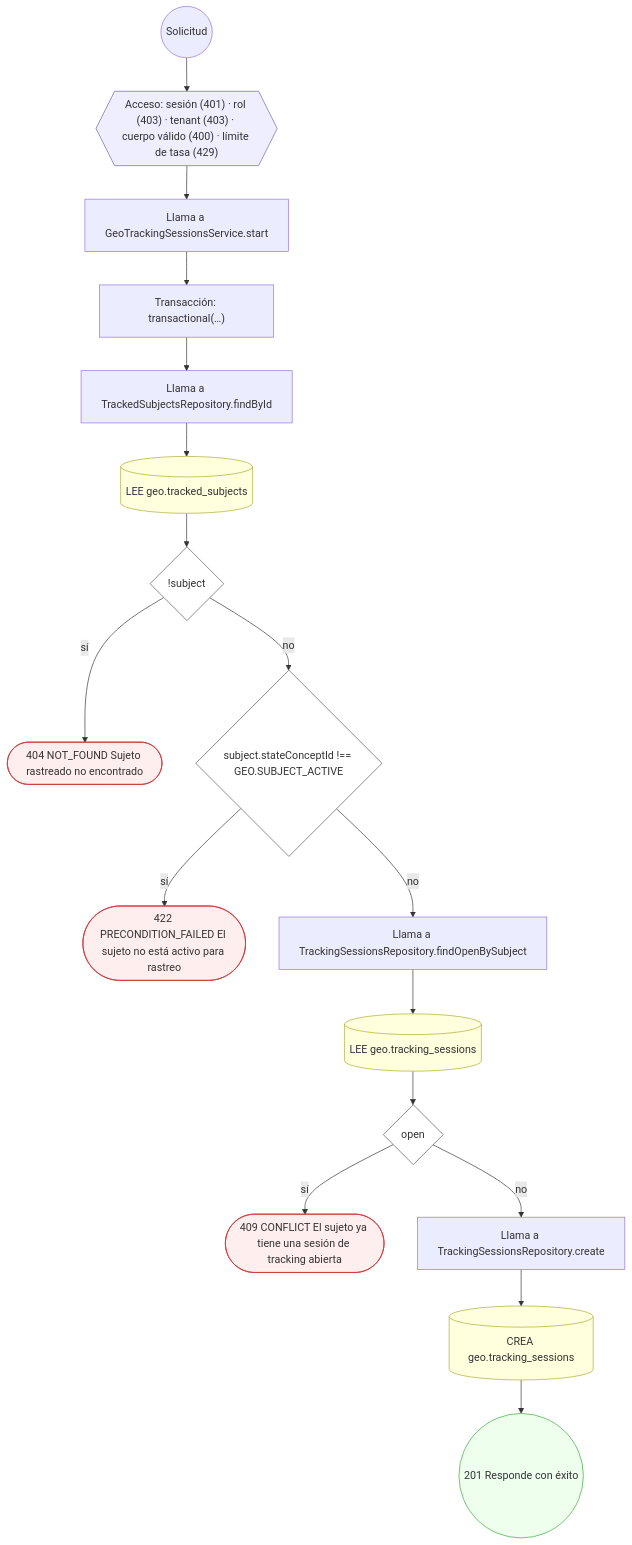
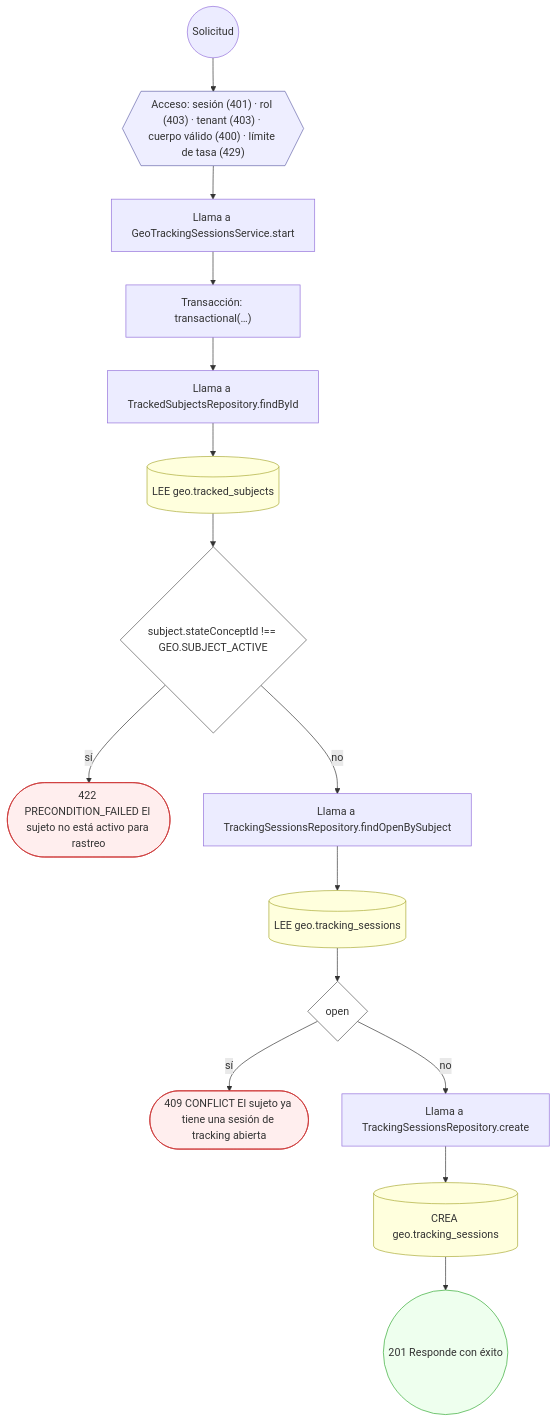
One commit to mdavila-2001/mantra-core-health-api changed the eighth of 11 diagrams in docs/inventario/flujos/geo.md. Above: the diagram before and after it, drawn with Mermaid. The commit also changed other lines of this file and 438 other files, not shown here.

````diff
--- a/docs/inventario/flujos/geo.md
+++ b/docs/inventario/flujos/geo.md
@@ -460,42 +434,38 @@
 ```mermaid
 flowchart TD
   n1(("Solicitud")):::inicio
   n2{{"Acceso: sesión (401) · rol (403) · tenant (403) · cuerpo válido (400) · límite de tasa (429)"}}:::acceso
   n1 --> n2
   n3["Llama a GeoTrackingSessionsService.start"]:::llamada
   n2 --> n3
   n4["Transacción: transactional(…)"]:::transaccion
   n3 --> n4
   n5["Llama a TrackedSubjectsRepository.findById"]:::llamada
   n4 --> n5
   n6[("LEE geo.tracked_subjects")]:::efecto
   n5 --> n6
-  n7{"!subject"}:::decision
+  n7{"subject.stateConceptId !== GEO.SUBJECT_ACTIVE"}:::decision
   n6 --> n7
-  n8(["404 NOT_FOUND Sujeto rastreado no encontrado"]):::error
+  n8(["422 PRECONDITION_FAILED El sujeto no está activo para rastreo"]):::error
   n7 -->|"sí"| n8
-  n9{"subject.stateConceptId !== GEO.SUBJECT_ACTIVE"}:::decision
+  n9["Llama a TrackingSessionsRepository.findOpenBySubject"]:::llamada
   n7 -->|"no"| n9
-  n10(["422 PRECONDITION_FAILED El sujeto no está activo para rastreo"]):::error
-  n9 -->|"sí"| n10
-  n11["Llama a TrackingSessionsRepository.findOpenBySubject"]:::llamada
-  n9 -->|"no"| n11
-  n12[("LEE geo.tracking_sessions")]:::efecto
-  n11 --> n12
-  n13{"open"}:::decision
-  n12 --> n13
-  n14(["409 CONFLICT El sujeto ya tiene una sesión de tracking abierta"]):::error
-  n13 -->|"sí"| n14
-  n15["Llama a TrackingSessionsRepository.create"]:::llamada
-  n13 -->|"no"| n15
-  n16[("CREA geo.tracking_sessions")]:::efecto
-  n15 --> n16
-  n17(("201 Responde con éxito")):::ok
-  n16 --> n17
+  n10[("LEE geo.tracking_sessions")]:::efecto
+  n9 --> n10
+  n11{"open"}:::decision
+  n10 --> n11
+  n12(["409 CONFLICT El sujeto ya tiene una sesión de tracking abierta"]):::error
+  n11 -->|"sí"| n12
+  n13["Llama a TrackingSessionsRepository.create"]:::llamada
+  n11 -->|"no"| n13
+  n14[("CREA geo.tracking_sessions")]:::efecto
+  n13 --> n14
+  n15(("201 Responde con éxito")):::ok
+  n14 --> n15
   classDef acceso fill:#eef,stroke:#66a
   classDef error fill:#fee,stroke:#c33
   classDef ok fill:#efe,stroke:#3a3
   classDef efecto fill:#ffd,stroke:#aa3
   classDef decision fill:#fff,stroke:#555
   classDef corte fill:#eee,stroke:#999,stroke-dasharray: 4
 ```
````
